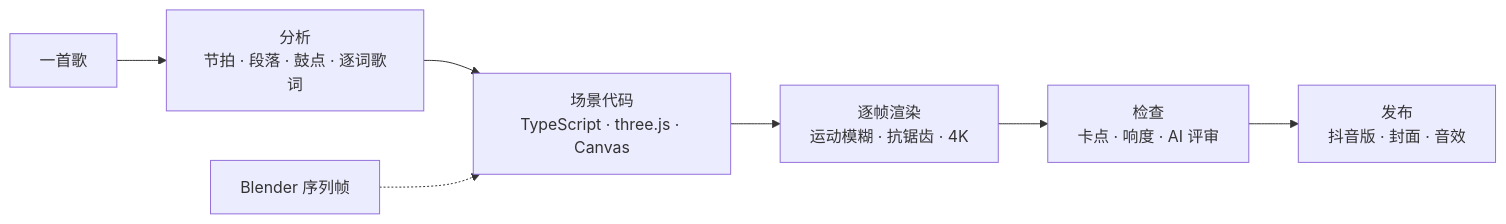
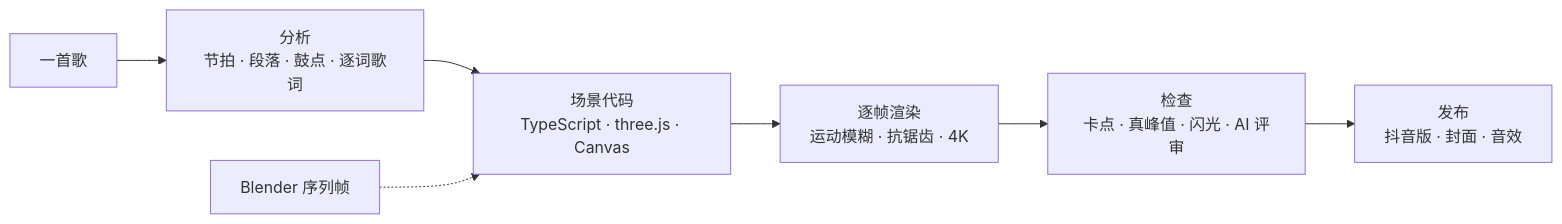
One commit to xiaoming6680/xm-video-engine changed the diagram in README.md. Above: the diagram before and after it, drawn with Mermaid. The commit also changed other lines of this file and 14 other files, not shown here.

````diff
--- a/README.md
+++ b/README.md
@@ -49,9 +49,9 @@
 ```mermaid
 flowchart LR
   A[一首歌] --> B[分析<br/>节拍 · 段落 · 鼓点 · 逐词歌词]
   B --> C[场景代码<br/>TypeScript · three.js · Canvas]
   D[Blender 序列帧] -.-> C
   C --> E[逐帧渲染<br/>运动模糊 · 抗锯齿 · 4K]
-  E --> F[检查<br/>卡点 · 响度 · AI 评审]
+  E --> F[检查<br/>卡点 · 真峰值 · 闪光 · AI 评审]
   F --> G[发布<br/>抖音版 · 封面 · 音效]
 ```
````
